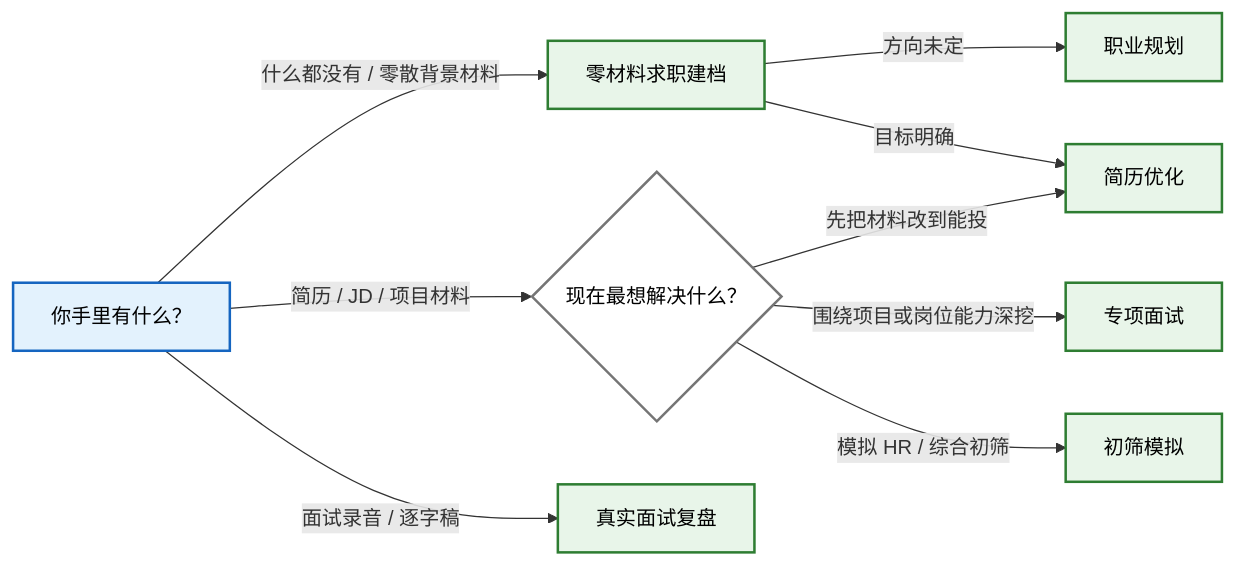
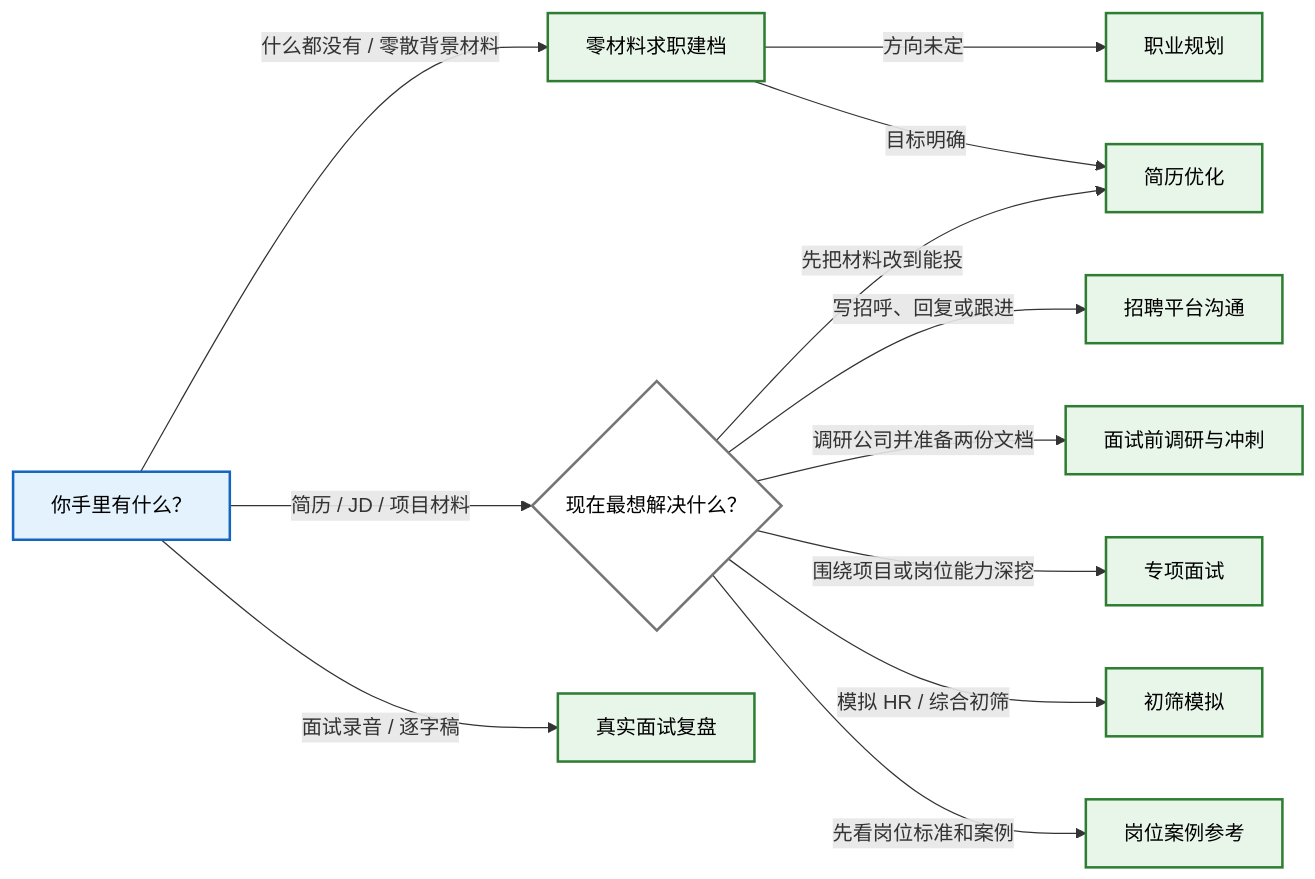
Before and after one commit to chengzicv/chengzicv-career-skills: the second of 2 diagrams in README.md, drawn with Mermaid. The commit also changed other lines of this file and 69 other files, not shown here.

````diff
--- a/README.md
+++ b/README.md
@@ -87,15 +75,18 @@
 ```mermaid
 graph LR
     classDef material fill:#e3f2fd,stroke:#1565c0,stroke-width:2px,color:#000;
     classDef decision fill:#fff,stroke:#757575,stroke-width:2px,color:#000;
     classDef skill fill:#e8f5e9,stroke:#2e7d32,stroke-width:2px,color:#000;
 
     Start["你手里有什么？"]:::material -->|"什么都没有 / 零散背景材料"| Profile["零材料求职建档"]:::skill
     Start -->|"简历 / JD / 项目材料"| Goal{"现在最想解决什么？"}:::decision
     Goal -->|"先把材料改到能投"| Resume["简历优化"]:::skill
+    Goal -->|"写招呼、回复或跟进"| Greeting["招聘平台沟通"]:::skill
+    Goal -->|"调研公司并准备两份文档"| Prep["面试前调研与冲刺"]:::skill
     Goal -->|"围绕项目或岗位能力深挖"| Practice["专项面试"]:::skill
     Goal -->|"模拟 HR / 综合初筛"| Mock["初筛模拟"]:::skill
+    Goal -->|"先看岗位标准和案例"| Case["岗位案例参考"]:::skill
     Start -->|"面试录音 / 逐字稿"| Review["真实面试复盘"]:::skill
     Profile -->|"方向未定"| Career["职业规划"]:::skill
     Profile -->|"目标明确"| Resume
 ```
````
